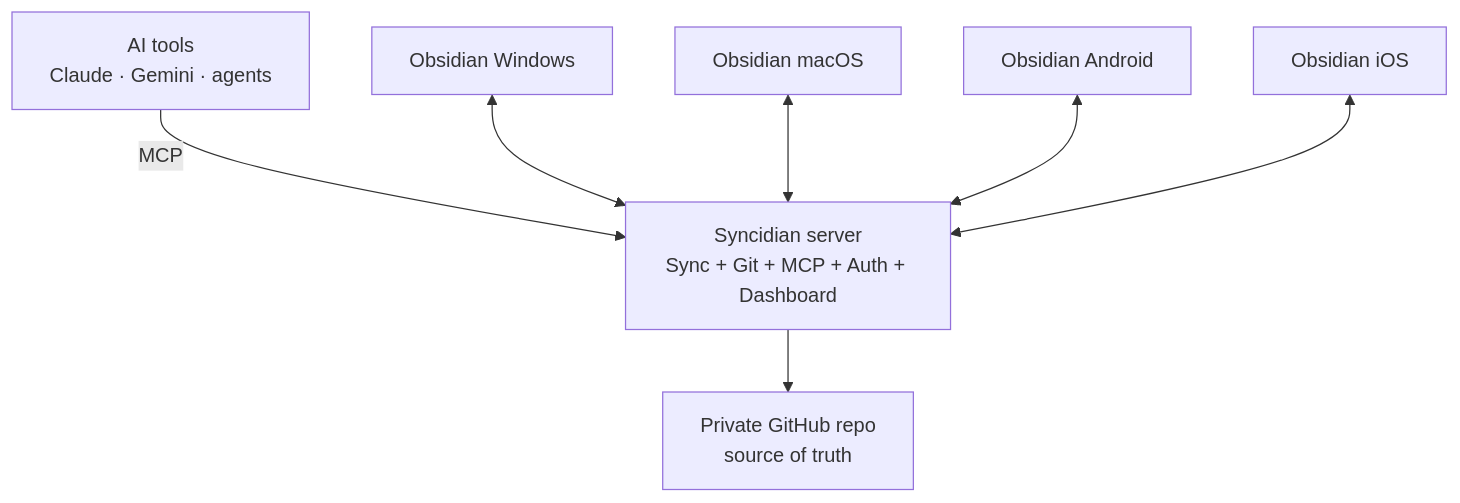
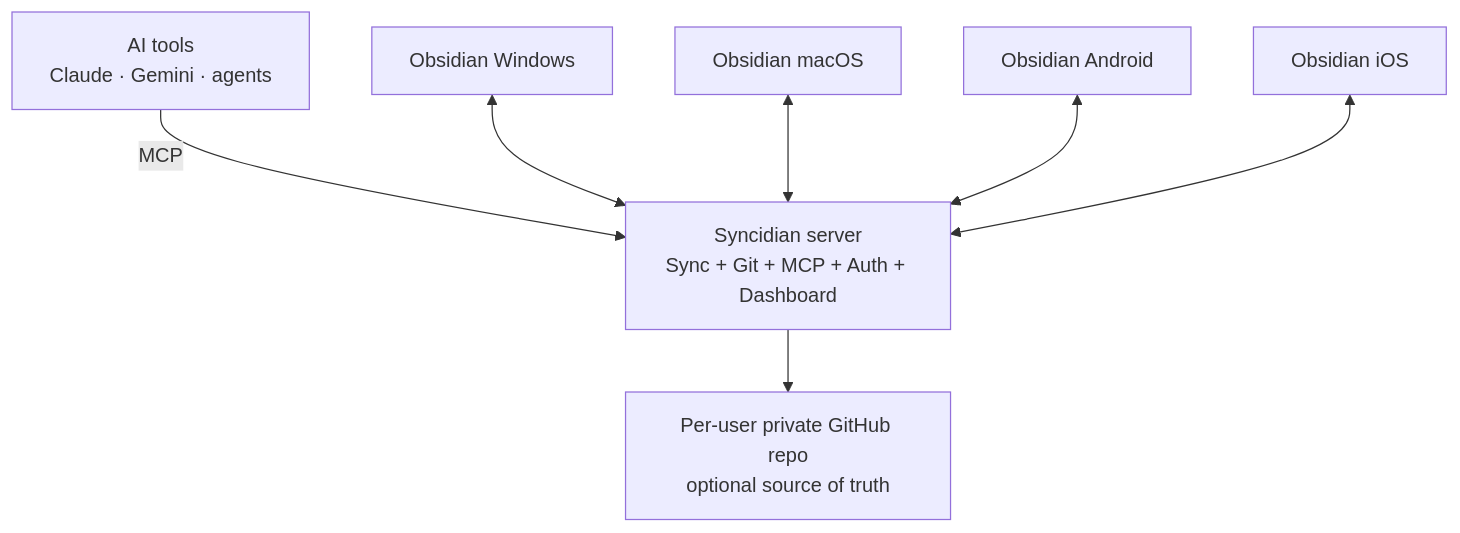
The first of 7 diagrams in README.md (shangeethsivan/Syncidian), drawn with Mermaid before and after one commit. The commit also changed other lines of this file and 6 other files, not shown here.

First line of the commit message:
Require authentication before per-user GitHub setup

````diff
--- a/README.md
+++ b/README.md
@@ -155,11 +155,11 @@
 ```mermaid
 flowchart TB
   AI["AI tools<br/>Claude · Gemini · agents"] -->|"MCP"| Server
 
   Win["Obsidian Windows"] <--> Server
   Mac["Obsidian macOS"] <--> Server
   And["Obsidian Android"] <--> Server
   iOS["Obsidian iOS"] <--> Server
 
-  Server["Syncidian server<br/>Sync + Git + MCP + Auth + Dashboard"] --> GH["Private GitHub repo<br/>source of truth"]
+  Server["Syncidian server<br/>Sync + Git + MCP + Auth + Dashboard"] --> GH["Per-user private GitHub repo<br/>optional source of truth"]
 ```
````
